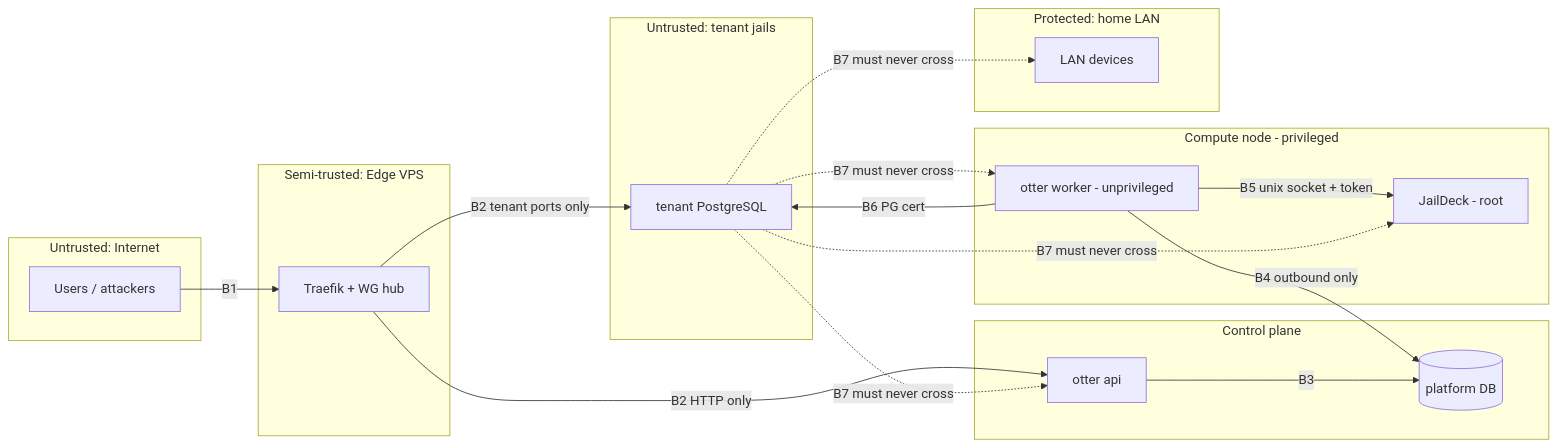
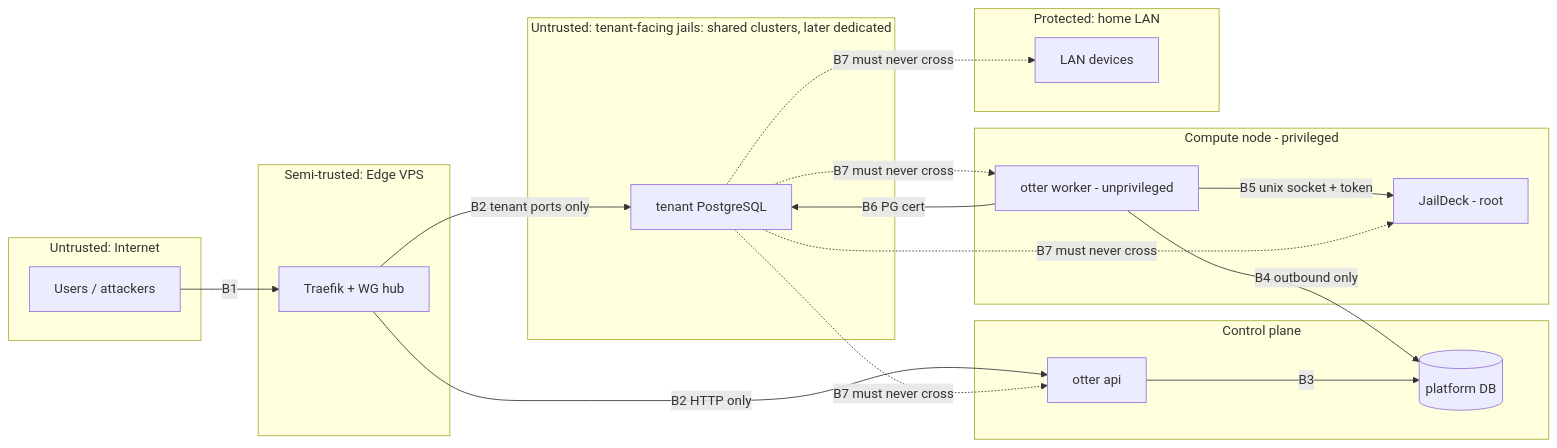
The diagram in docs/security.md (ottermq/otter_cloud), drawn with Mermaid before and after one commit. The commit also changed other lines of this file and 8 other files, not shown here.

First line of the commit message:
docs: switch to shared PostgreSQL clusters

````diff
--- a/docs/security.md
+++ b/docs/security.md
@@ -41,31 +41,31 @@
 ```mermaid
 flowchart LR
     subgraph Z0[Untrusted: Internet]
         U[Users / attackers]
     end
     subgraph Z1[Semi-trusted: Edge VPS]
         T[Traefik + WG hub]
     end
     subgraph Z2[Control plane]
         API[otter api]
         DB[(platform DB)]
     end
     subgraph Z3[Compute node - privileged]
         W[otter worker - unprivileged]
         JD[JailDeck - root]
     end
-    subgraph Z4[Untrusted: tenant jails]
+    subgraph Z4[Untrusted: tenant-facing jails: shared clusters, later dedicated]
         J[tenant PostgreSQL]
     end
     subgraph Z5[Protected: home LAN]
         L[LAN devices]
     end
     U -- B1 --> T
     T -- B2 HTTP only --> API
     T -- B2 tenant ports only --> J
     API -- B3 --> DB
     W -- B4 outbound only --> DB
     W -- B5 unix socket + token --> JD
     W -- B6 PG cert --> J
     J -. B7 must never cross .-> L & JD & W & API
 ```
````
